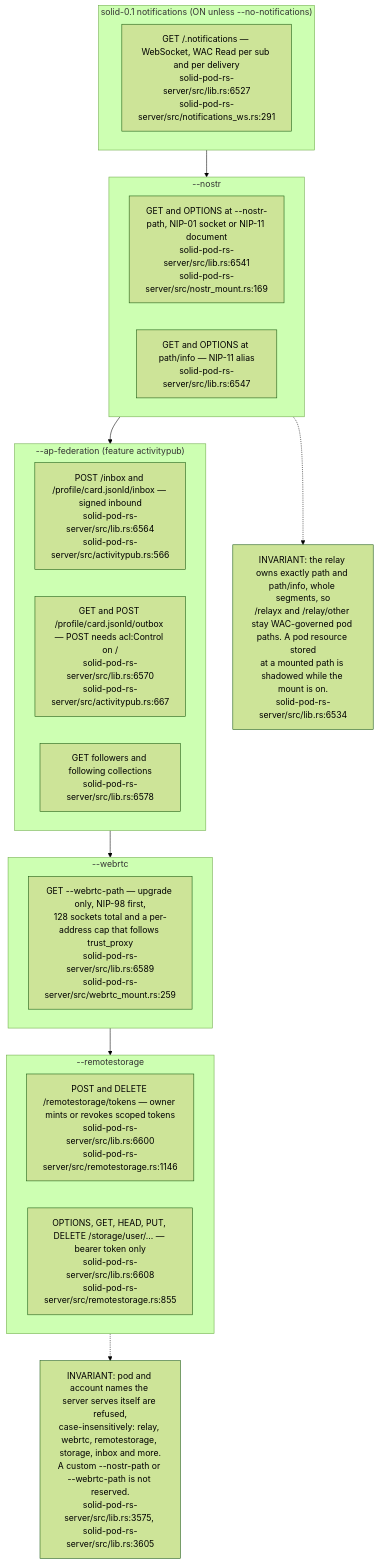
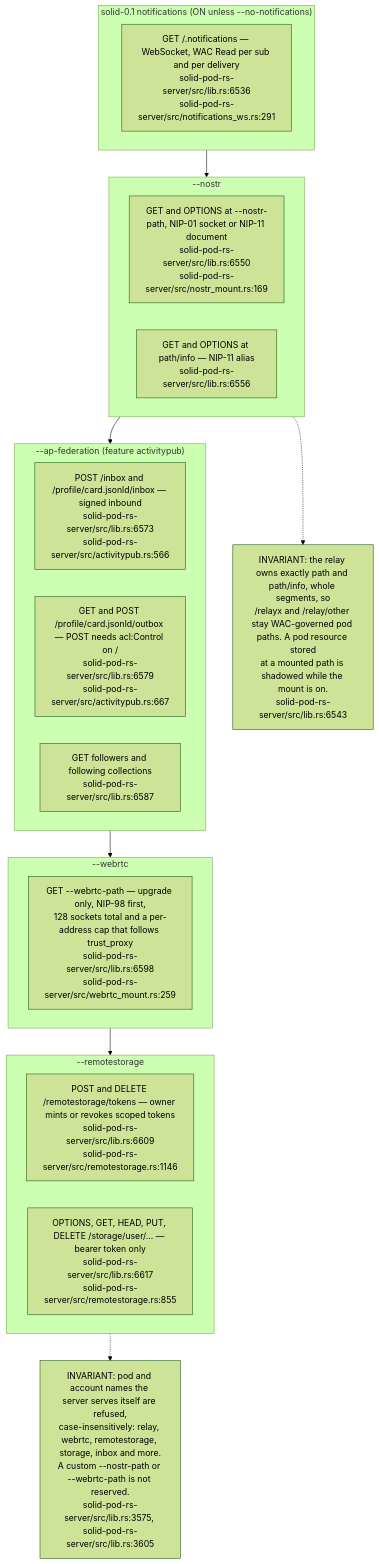
One commit to DreamLab-AI/VisionFlow changed diagram 11 of 13 in docs/diagrams/solid-pod-rs/02-server-boot-and-routes.md. Above: the diagram before and after it, drawn with Mermaid (forest theme). The commit also changed other lines of this file and 18 other files, not shown here.

First line of the commit message:
docs(diagrams): freeze panels for fixed defects and add successors at the fix revisions

````diff
--- a/docs/diagrams/solid-pod-rs/02-server-boot-and-routes.md
+++ b/docs/diagrams/solid-pod-rs/02-server-boot-and-routes.md
@@ -365,27 +365,27 @@
 ```mermaid
 flowchart TD
     subgraph NOTE["solid-0.1 notifications (ON unless --no-notifications)"]
-        W1["GET /.notifications — WebSocket, WAC Read per sub and per delivery<br/>solid-pod-rs-server/src/lib.rs:6527<br/>solid-pod-rs-server/src/notifications_ws.rs:291"]
+        W1["GET /.notifications — WebSocket, WAC Read per sub and per delivery<br/>solid-pod-rs-server/src/lib.rs:6536<br/>solid-pod-rs-server/src/notifications_ws.rs:291"]
     end
     subgraph RELAY["--nostr"]
-        R1["GET and OPTIONS at --nostr-path, NIP-01 socket or NIP-11 document<br/>solid-pod-rs-server/src/lib.rs:6541<br/>solid-pod-rs-server/src/nostr_mount.rs:169"]
-        R2["GET and OPTIONS at path/info — NIP-11 alias<br/>solid-pod-rs-server/src/lib.rs:6547"]
+        R1["GET and OPTIONS at --nostr-path, NIP-01 socket or NIP-11 document<br/>solid-pod-rs-server/src/lib.rs:6550<br/>solid-pod-rs-server/src/nostr_mount.rs:169"]
+        R2["GET and OPTIONS at path/info — NIP-11 alias<br/>solid-pod-rs-server/src/lib.rs:6556"]
     end
     subgraph APF["--ap-federation (feature activitypub)"]
-        F1["POST /inbox and /profile/card.jsonld/inbox — signed inbound<br/>solid-pod-rs-server/src/lib.rs:6564<br/>solid-pod-rs-server/src/activitypub.rs:566"]
-        F2["GET and POST /profile/card.jsonld/outbox — POST needs acl:Control on /<br/>solid-pod-rs-server/src/lib.rs:6570<br/>solid-pod-rs-server/src/activitypub.rs:667"]
-        F3["GET followers and following collections<br/>solid-pod-rs-server/src/lib.rs:6578"]
+        F1["POST /inbox and /profile/card.jsonld/inbox — signed inbound<br/>solid-pod-rs-server/src/lib.rs:6573<br/>solid-pod-rs-server/src/activitypub.rs:566"]
+        F2["GET and POST /profile/card.jsonld/outbox — POST needs acl:Control on /<br/>solid-pod-rs-server/src/lib.rs:6579<br/>solid-pod-rs-server/src/activitypub.rs:667"]
+        F3["GET followers and following collections<br/>solid-pod-rs-server/src/lib.rs:6587"]
     end
     subgraph RTC["--webrtc"]
-        T1["GET --webrtc-path — upgrade only, NIP-98 first,<br/>128 sockets total and a per-address cap that follows trust_proxy<br/>solid-pod-rs-server/src/lib.rs:6589<br/>solid-pod-rs-server/src/webrtc_mount.rs:259"]
+        T1["GET --webrtc-path — upgrade only, NIP-98 first,<br/>128 sockets total and a per-address cap that follows trust_proxy<br/>solid-pod-rs-server/src/lib.rs:6598<br/>solid-pod-rs-server/src/webrtc_mount.rs:259"]
     end
     subgraph RS["--remotestorage"]
-        S1["POST and DELETE /remotestorage/tokens — owner mints or revokes scoped tokens<br/>solid-pod-rs-server/src/lib.rs:6600<br/>solid-pod-rs-server/src/remotestorage.rs:1146"]
-        S2["OPTIONS, GET, HEAD, PUT, DELETE /storage/user/... — bearer token only<br/>solid-pod-rs-server/src/lib.rs:6608<br/>solid-pod-rs-server/src/remotestorage.rs:855"]
+        S1["POST and DELETE /remotestorage/tokens — owner mints or revokes scoped tokens<br/>solid-pod-rs-server/src/lib.rs:6609<br/>solid-pod-rs-server/src/remotestorage.rs:1146"]
+        S2["OPTIONS, GET, HEAD, PUT, DELETE /storage/user/... — bearer token only<br/>solid-pod-rs-server/src/lib.rs:6617<br/>solid-pod-rs-server/src/remotestorage.rs:855"]
     end
     NOTE --> RELAY --> APF --> RTC --> RS
-    N1["INVARIANT: the relay owns exactly path and path/info, whole segments, so<br/>/relayx and /relay/other stay WAC-governed pod paths. A pod resource stored<br/>at a mounted path is shadowed while the mount is on.<br/>solid-pod-rs-server/src/lib.rs:6534"]
+    N1["INVARIANT: the relay owns exactly path and path/info, whole segments, so<br/>/relayx and /relay/other stay WAC-governed pod paths. A pod resource stored<br/>at a mounted path is shadowed while the mount is on.<br/>solid-pod-rs-server/src/lib.rs:6543"]
     RELAY -.-> N1
     N2["INVARIANT: pod and account names the server serves itself are refused,<br/>case-insensitively: relay, webrtc, remotestorage, storage, inbox and more.<br/>A custom --nostr-path or --webrtc-path is not reserved.<br/>solid-pod-rs-server/src/lib.rs:3575, solid-pod-rs-server/src/lib.rs:3605"]
     RS -.-> N2
 ```
````
